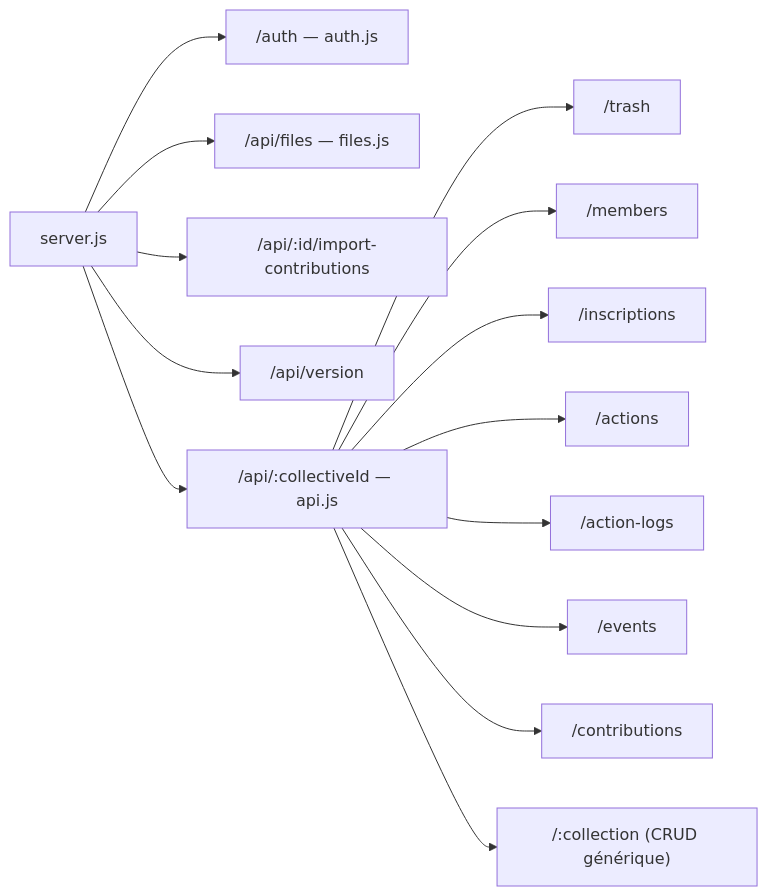
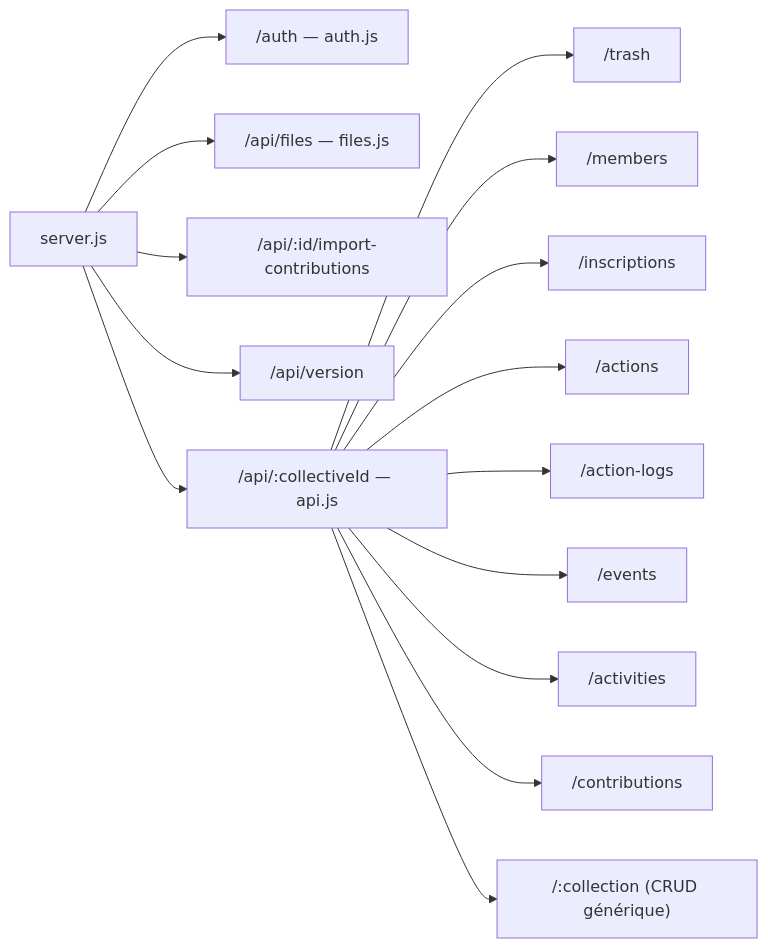
Before and after one commit to IlyaDiallo/fedeeji: the third of 6 diagrams in ARCHITECTURE.md, drawn with Mermaid. The commit also changed other lines of this file and 9 other files, not shown here.

````diff
--- a/ARCHITECTURE.md
+++ b/ARCHITECTURE.md
@@ -98,18 +99,19 @@
 ```mermaid
 graph LR
     SERVER["server.js"]
     SERVER --> AUTH_R["/auth — auth.js"]
     SERVER --> FILES_R["/api/files — files.js"]
     SERVER --> IMPORT["/api/:id/import-contributions"]
     SERVER --> VERSION["/api/version"]
     SERVER --> API_R["/api/:collectiveId — api.js"]
 
     API_R --> TRASH["/trash"]
     API_R --> MEMBERS["/members"]
     API_R --> INSCRIPTIONS["/inscriptions"]
     API_R --> ACTIONS["/actions"]
     API_R --> ALOGS["/action-logs"]
     API_R --> EVENTS["/events"]
+    API_R --> ACTIVITIES["/activities"]
     API_R --> CONTRIBS["/contributions"]
     API_R --> GENERIC["/:collection (CRUD générique)"]
 ```
````
